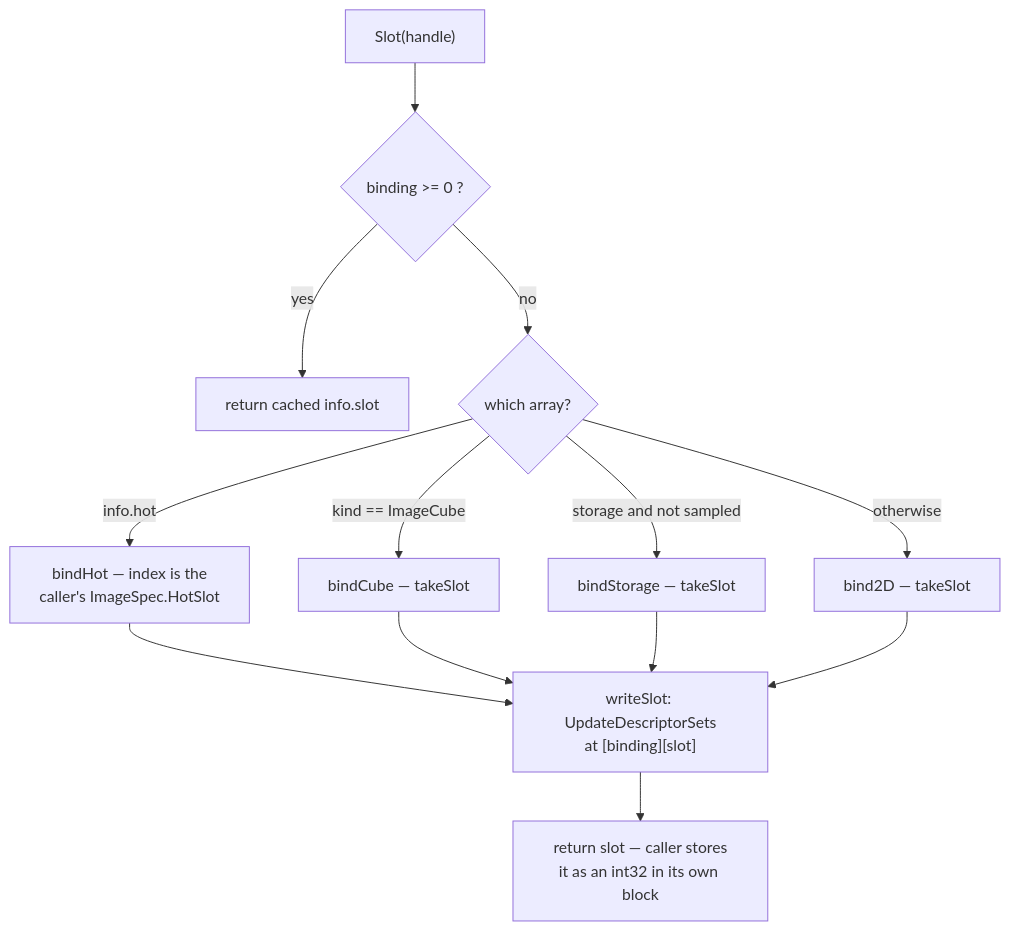
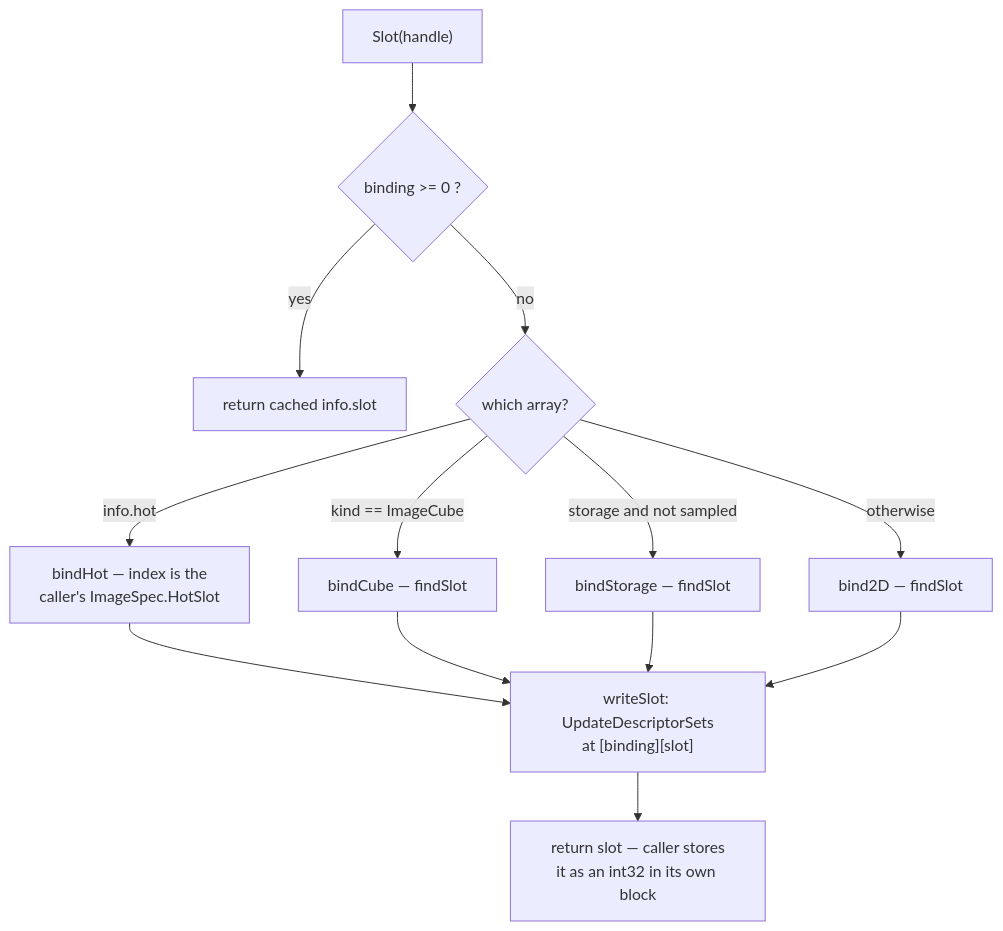
One commit to Zephyr75/overdrive changed the second of 2 diagrams in notes/cheatsheets/DESCRIPTORS.md. Above: the diagram before and after it, drawn with Mermaid. The commit also changed other lines of this file and 16 other files, not shown here.

````diff
--- a/notes/cheatsheets/DESCRIPTORS.md
+++ b/notes/cheatsheets/DESCRIPTORS.md
@@ -139,15 +87,15 @@
 ```mermaid
 flowchart TD
     C["Slot(handle)"] --> H{"binding >= 0 ?"}
     H -->|yes| R["return cached info.slot"]
     H -->|no| K{"which array?"}
     K -->|"info.hot"| HOT["bindHot — index is the<br/>caller's ImageSpec.HotSlot"]
-    K -->|"kind == ImageCube"| CU["bindCube — takeSlot"]
-    K -->|"storage and not sampled"| ST["bindStorage — takeSlot"]
-    K -->|otherwise| TD["bind2D — takeSlot"]
+    K -->|"kind == ImageCube"| CU["bindCube — findSlot"]
+    K -->|"storage and not sampled"| ST["bindStorage — findSlot"]
+    K -->|otherwise| TD["bind2D — findSlot"]
     HOT --> W["writeSlot: UpdateDescriptorSets<br/>at [binding][slot]"]
     CU --> W
     ST --> W
     TD --> W
     W --> RET["return slot — caller stores<br/>it as an int32 in its own block"]
 ```
````
